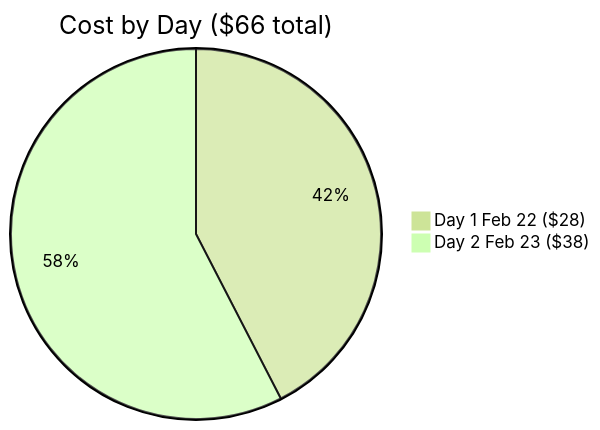
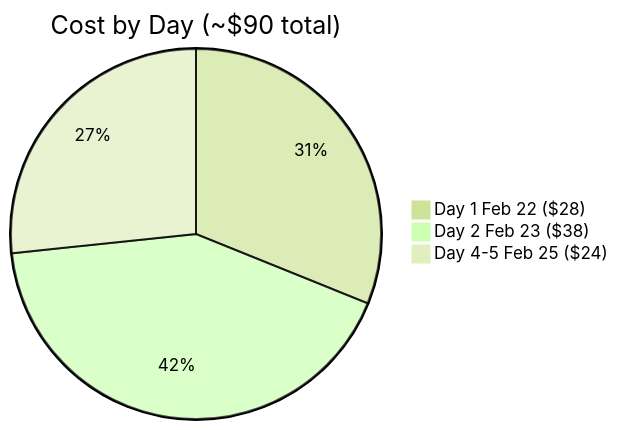
Before and after one commit to atlantdak/claude-code-hackathon-xbo-market-kit: the fourth of 7 diagrams in README.md, drawn with Mermaid (forest theme). The commit also changed other lines of this file and 2 other files, not shown here.

First line of the commit message:
docs: update README metrics and add day 5 icons worklog

````diff
--- a/README.md
+++ b/README.md
@@ -100,5 +107,6 @@
 ```mermaid
-pie title Cost by Day ($66 total)
+pie title Cost by Day (~$90 total)
     "Day 1 Feb 22 ($28)" : 28
     "Day 2 Feb 23 ($38)" : 38
+    "Day 4-5 Feb 25 ($24)" : 24
 ```
````
